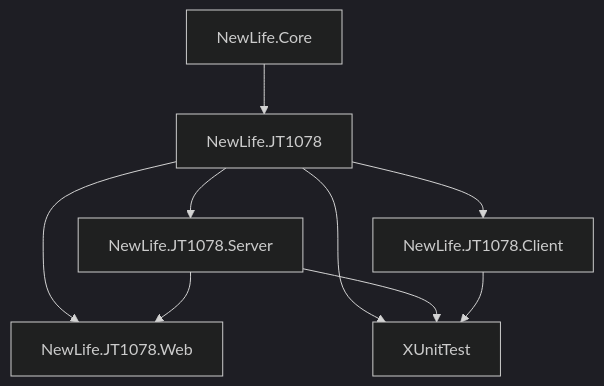
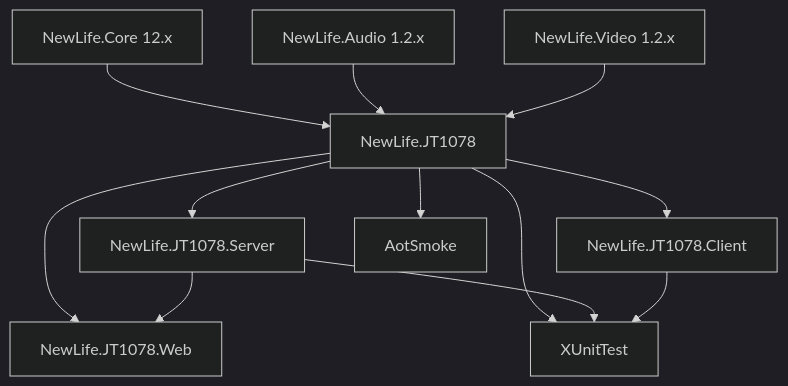
One commit to NewLifeX/NewLife.JT1078 changed the diagram in Doc/架构设计.md. Above: the diagram before and after it, drawn with Mermaid (dark theme). The commit also changed other lines of this file and 13 other files, not shown here.

````diff
--- a/Doc/架构设计.md
+++ b/Doc/架构设计.md
@@ -368,11 +380,14 @@
 ```mermaid
 graph TD
-    NC[NewLife.Core] --> JT[NewLife.JT1078]
+    NC[NewLife.Core 12.x] --> JT[NewLife.JT1078]
+    NA[NewLife.Audio 1.2.x] --> JT
+    NV[NewLife.Video 1.2.x] --> JT
     JT --> SRV[NewLife.JT1078.Server]
     JT --> WEB[NewLife.JT1078.Web]
     JT --> CLI[NewLife.JT1078.Client]
     JT --> TEST[XUnitTest]
+    JT --> AOT[AotSmoke]
     SRV --> WEB
     SRV --> TEST
     CLI --> TEST
 ```
````
